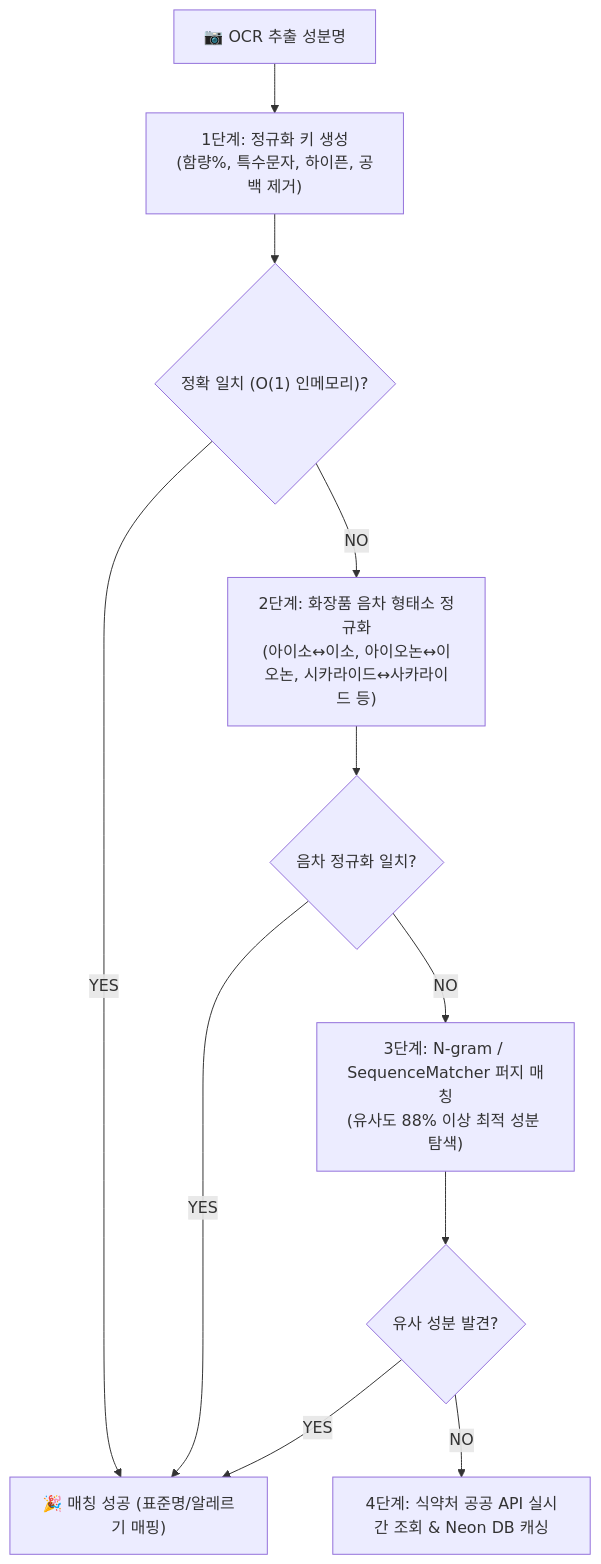
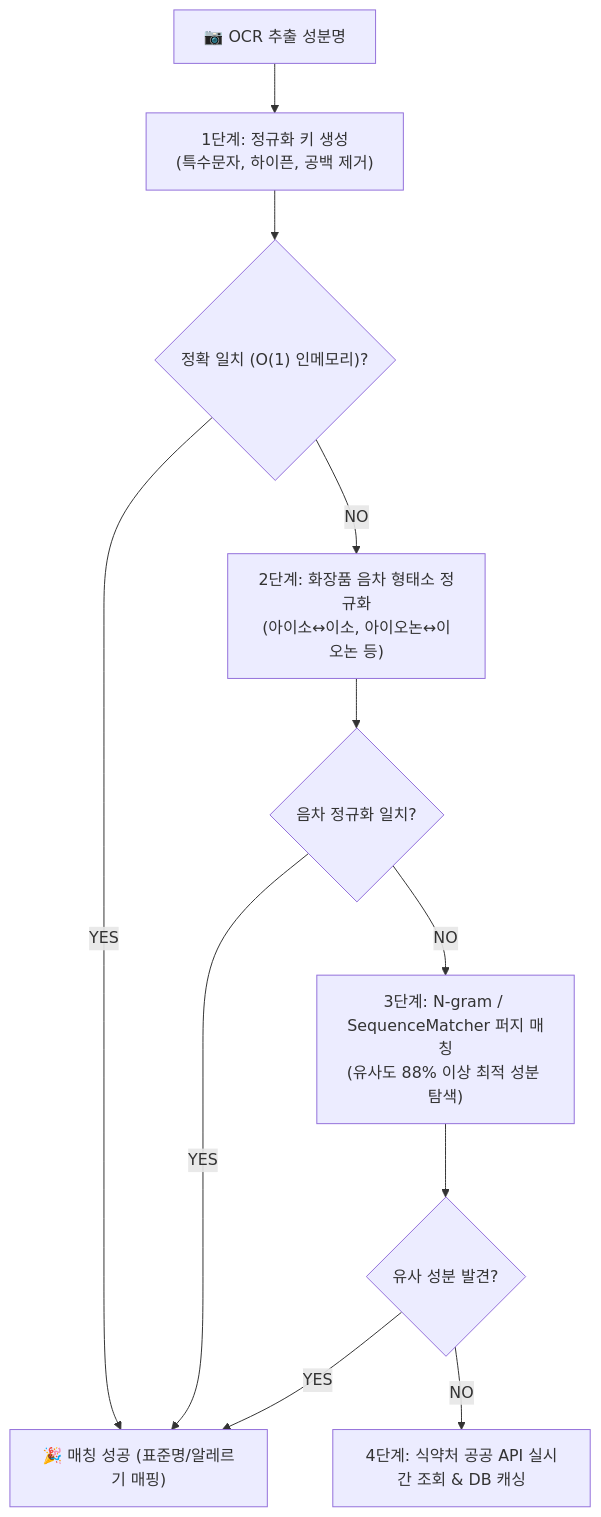
One commit to daniel-dataflow/daniel-dataflow.github.io changed the diagram in content/posts/picksafe/2026-08-27-지능형-성분-자동-매칭-엔진-음차정규화-및-퍼지매칭-구축.md. Above: the diagram before and after it, drawn with Mermaid. The commit also changed other lines of this file and 64 other files, not shown here.

````diff
--- a/content/posts/picksafe/2026-08-27-지능형-성분-자동-매칭-엔진-음차정규화-및-퍼지매칭-구축.md
+++ b/content/posts/picksafe/2026-08-27-지능형-성분-자동-매칭-엔진-음차정규화-및-퍼지매칭-구축.md
@@ -33,13 +47,13 @@
 ```mermaid
 flowchart TD
-    A["📷 OCR 추출 성분명"] --> B["1단계: 정규화 키 생성<br>(함량%, 특수문자, 하이픈, 공백 제거)"]
+    A["📷 OCR 추출 성분명"] --> B["1단계: 정규화 키 생성<br>(특수문자, 하이픈, 공백 제거)"]
     B --> C{"정확 일치 (O(1) 인메모리)?"}
     C -- "YES" --> Z["🎉 매칭 성공 (표준명/알레르기 매핑)"]
-    C -- "NO" --> D["2단계: 화장품 음차 형태소 정규화<br>(아이소↔이소, 아이오논↔이오논, 시카라이드↔사카라이드 등)"]
+    C -- "NO" --> D["2단계: 화장품 음차 형태소 정규화<br>(아이소↔이소, 아이오논↔이오논 등)"]
     D --> E{"음차 정규화 일치?"}
     E -- "YES" --> Z
     E -- "NO" --> F["3단계: N-gram / SequenceMatcher 퍼지 매칭<br>(유사도 88% 이상 최적 성분 탐색)"]
     F --> G{"유사 성분 발견?"}
     G -- "YES" --> Z
-    G -- "NO" --> H["4단계: 식약처 공공 API 실시간 조회 & Neon DB 캐싱"]
+    G -- "NO" --> H["4단계: 식약처 공공 API 실시간 조회 & DB 캐싱"]
 ```
````
